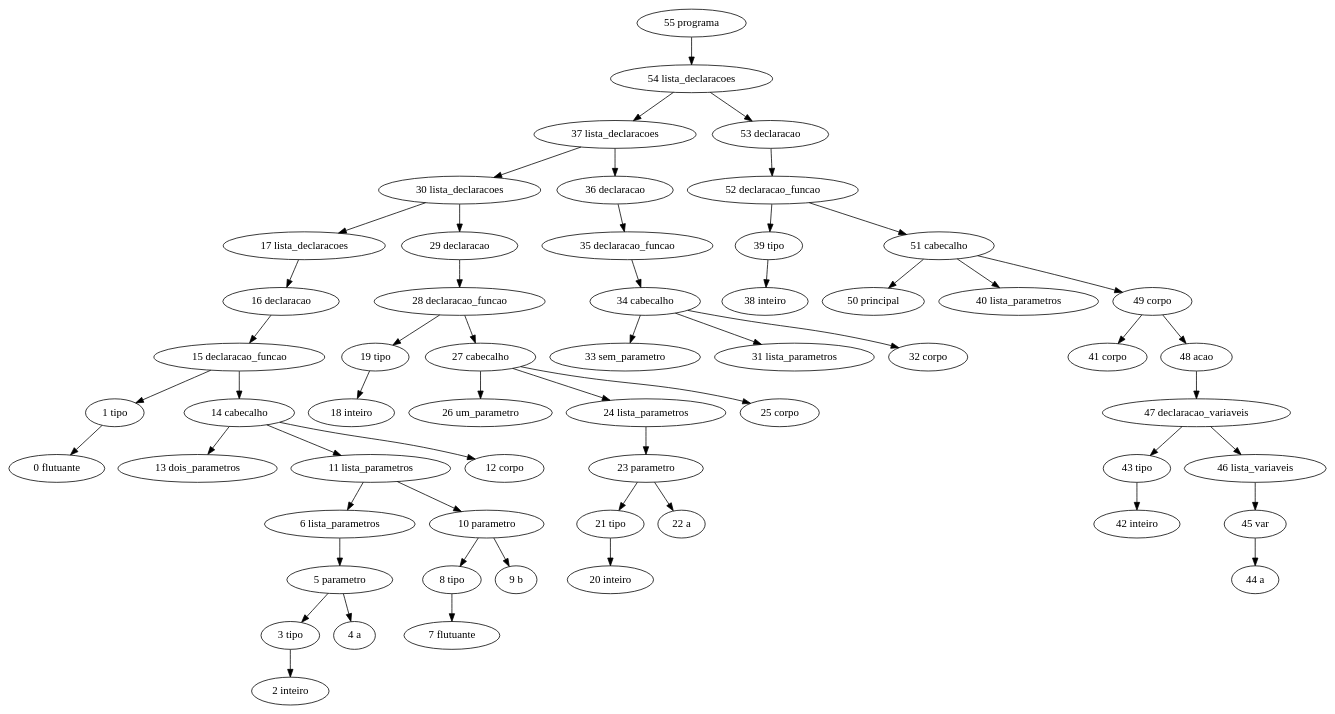
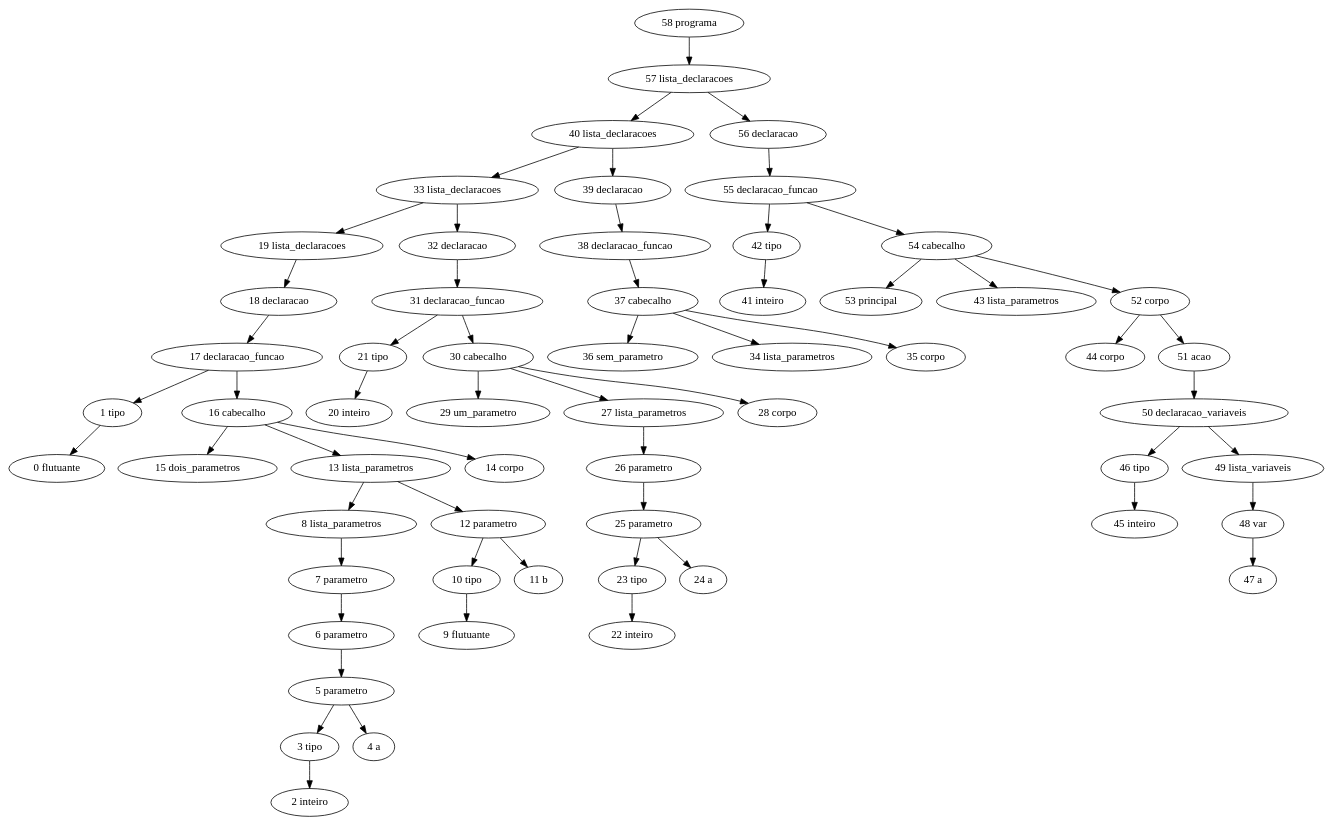
One commit to franzon/compilers changed the diagram in BCC__BCC36B__P2__Jorge_1511424/implementacao/Digraph.gv. Above: the diagram before and after it, drawn with Graphviz. The commit also changed 4 other files, not shown here.

```diff
--- a/BCC__BCC36B__P2__Jorge_1511424/implementacao/Digraph.gv
+++ b/BCC__BCC36B__P2__Jorge_1511424/implementacao/Digraph.gv
@@ -1,114 +1,120 @@
 // Análise sintática
 digraph {
-	"55 programa"
-	"54 lista_declaracoes"
-	"55 programa" -> "54 lista_declaracoes"
-	"37 lista_declaracoes"
-	"54 lista_declaracoes" -> "37 lista_declaracoes"
-	"30 lista_declaracoes"
-	"37 lista_declaracoes" -> "30 lista_declaracoes"
-	"17 lista_declaracoes"
-	"30 lista_declaracoes" -> "17 lista_declaracoes"
-	"16 declaracao"
-	"17 lista_declaracoes" -> "16 declaracao"
-	"15 declaracao_funcao"
-	"16 declaracao" -> "15 declaracao_funcao"
+	"58 programa"
+	"57 lista_declaracoes"
+	"58 programa" -> "57 lista_declaracoes"
+	"40 lista_declaracoes"
+	"57 lista_declaracoes" -> "40 lista_declaracoes"
+	"33 lista_declaracoes"
+	"40 lista_declaracoes" -> "33 lista_declaracoes"
+	"19 lista_declaracoes"
+	"33 lista_declaracoes" -> "19 lista_declaracoes"
+	"18 declaracao"
+	"19 lista_declaracoes" -> "18 declaracao"
+	"17 declaracao_funcao"
+	"18 declaracao" -> "17 declaracao_funcao"
 	"1 tipo"
-	"15 declaracao_funcao" -> "1 tipo"
+	"17 declaracao_funcao" -> "1 tipo"
 	"0 flutuante"
 	"1 tipo" -> "0 flutuante"
-	"14 cabecalho"
-	"15 declaracao_funcao" -> "14 cabecalho"
-	"13 dois_parametros"
-	"14 cabecalho" -> "13 dois_parametros"
-	"11 lista_parametros"
-	"14 cabecalho" -> "11 lista_parametros"
-	"6 lista_parametros"
-	"11 lista_parametros" -> "6 lista_parametros"
+	"16 cabecalho"
+	"17 declaracao_funcao" -> "16 cabecalho"
+	"15 dois_parametros"
+	"16 cabecalho" -> "15 dois_parametros"
+	"13 lista_parametros"
+	"16 cabecalho" -> "13 lista_parametros"
+	"8 lista_parametros"
+	"13 lista_parametros" -> "8 lista_parametros"
+	"7 parametro"
+	"8 lista_parametros" -> "7 parametro"
+	"6 parametro"
+	"7 parametro" -> "6 parametro"
 	"5 parametro"
-	"6 lista_parametros" -> "5 parametro"
+	"6 parametro" -> "5 parametro"
 	"3 tipo"
 	"5 parametro" -> "3 tipo"
 	"2 inteiro"
 	"3 tipo" -> "2 inteiro"
 	"4 a"
 	"5 parametro" -> "4 a"
-	"10 parametro"
-	"11 lista_parametros" -> "10 parametro"
-	"8 tipo"
-	"10 parametro" -> "8 tipo"
-	"7 flutuante"
-	"8 tipo" -> "7 flutuante"
-	"9 b"
-	"10 parametro" -> "9 b"
-	"12 corpo"
-	"14 cabecalho" -> "12 corpo"
-	"29 declaracao"
-	"30 lista_declaracoes" -> "29 declaracao"
-	"28 declaracao_funcao"
-	"29 declaracao" -> "28 declaracao_funcao"
-	"19 tipo"
-	"28 declaracao_funcao" -> "19 tipo"
-	"18 inteiro"
-	"19 tipo" -> "18 inteiro"
-	"27 cabecalho"
-	"28 declaracao_funcao" -> "27 cabecalho"
-	"26 um_parametro"
-	"27 cabecalho" -> "26 um_parametro"
-	"24 lista_parametros"
-	"27 cabecalho" -> "24 lista_parametros"
-	"23 parametro"
-	"24 lista_parametros" -> "23 parametro"
+	"12 parametro"
+	"13 lista_parametros" -> "12 parametro"
+	"10 tipo"
+	"12 parametro" -> "10 tipo"
+	"9 flutuante"
+	"10 tipo" -> "9 flutuante"
+	"11 b"
+	"12 parametro" -> "11 b"
+	"14 corpo"
+	"16 cabecalho" -> "14 corpo"
+	"32 declaracao"
+	"33 lista_declaracoes" -> "32 declaracao"
+	"31 declaracao_funcao"
+	"32 declaracao" -> "31 declaracao_funcao"
 	"21 tipo"
-	"23 parametro" -> "21 tipo"
+	"31 declaracao_funcao" -> "21 tipo"
 	"20 inteiro"
 	"21 tipo" -> "20 inteiro"
-	"22 a"
-	"23 parametro" -> "22 a"
-	"25 corpo"
-	"27 cabecalho" -> "25 corpo"
-	"36 declaracao"
-	"37 lista_declaracoes" -> "36 declaracao"
-	"35 declaracao_funcao"
-	"36 declaracao" -> "35 declaracao_funcao"
-	"34 cabecalho"
-	"35 declaracao_funcao" -> "34 cabecalho"
-	"33 sem_parametro"
-	"34 cabecalho" -> "33 sem_parametro"
-	"31 lista_parametros"
-	"34 cabecalho" -> "31 lista_parametros"
-	"32 corpo"
-	"34 cabecalho" -> "32 corpo"
-	"53 declaracao"
-	"54 lista_declaracoes" -> "53 declaracao"
-	"52 declaracao_funcao"
-	"53 declaracao" -> "52 declaracao_funcao"
-	"39 tipo"
-	"52 declaracao_funcao" -> "39 tipo"
-	"38 inteiro"
-	"39 tipo" -> "38 inteiro"
-	"51 cabecalho"
-	"52 declaracao_funcao" -> "51 cabecalho"
-	"50 principal"
-	"51 cabecalho" -> "50 principal"
-	"40 lista_parametros"
-	"51 cabecalho" -> "40 lista_parametros"
-	"49 corpo"
-	"51 cabecalho" -> "49 corpo"
-	"41 corpo"
-	"49 corpo" -> "41 corpo"
-	"48 acao"
-	"49 corpo" -> "48 acao"
-	"47 declaracao_variaveis"
-	"48 acao" -> "47 declaracao_variaveis"
-	"43 tipo"
-	"47 declaracao_variaveis" -> "43 tipo"
-	"42 inteiro"
-	"43 tipo" -> "42 inteiro"
-	"46 lista_variaveis"
-	"47 declaracao_variaveis" -> "46 lista_variaveis"
-	"45 var"
-	"46 lista_variaveis" -> "45 var"
-	"44 a"
-	"45 var" -> "44 a"
+	"30 cabecalho"
+	"31 declaracao_funcao" -> "30 cabecalho"
+	"29 um_parametro"
+	"30 cabecalho" -> "29 um_parametro"
+	"27 lista_parametros"
+	"30 cabecalho" -> "27 lista_parametros"
+	"26 parametro"
+	"27 lista_parametros" -> "26 parametro"
+	"25 parametro"
+	"26 parametro" -> "25 parametro"
+	"23 tipo"
+	"25 parametro" -> "23 tipo"
+	"22 inteiro"
+	"23 tipo" -> "22 inteiro"
+	"24 a"
+	"25 parametro" -> "24 a"
+	"28 corpo"
+	"30 cabecalho" -> "28 corpo"
+	"39 declaracao"
+	"40 lista_declaracoes" -> "39 declaracao"
+	"38 declaracao_funcao"
+	"39 declaracao" -> "38 declaracao_funcao"
+	"37 cabecalho"
+	"38 declaracao_funcao" -> "37 cabecalho"
+	"36 sem_parametro"
+	"37 cabecalho" -> "36 sem_parametro"
+	"34 lista_parametros"
+	"37 cabecalho" -> "34 lista_parametros"
+	"35 corpo"
+	"37 cabecalho" -> "35 corpo"
+	"56 declaracao"
+	"57 lista_declaracoes" -> "56 declaracao"
+	"55 declaracao_funcao"
+	"56 declaracao" -> "55 declaracao_funcao"
+	"42 tipo"
+	"55 declaracao_funcao" -> "42 tipo"
+	"41 inteiro"
+	"42 tipo" -> "41 inteiro"
+	"54 cabecalho"
+	"55 declaracao_funcao" -> "54 cabecalho"
+	"53 principal"
+	"54 cabecalho" -> "53 principal"
+	"43 lista_parametros"
+	"54 cabecalho" -> "43 lista_parametros"
+	"52 corpo"
+	"54 cabecalho" -> "52 corpo"
+	"44 corpo"
+	"52 corpo" -> "44 corpo"
+	"51 acao"
+	"52 corpo" -> "51 acao"
+	"50 declaracao_variaveis"
+	"51 acao" -> "50 declaracao_variaveis"
+	"46 tipo"
+	"50 declaracao_variaveis" -> "46 tipo"
+	"45 inteiro"
+	"46 tipo" -> "45 inteiro"
+	"49 lista_variaveis"
+	"50 declaracao_variaveis" -> "49 lista_variaveis"
+	"48 var"
+	"49 lista_variaveis" -> "48 var"
+	"47 a"
+	"48 var" -> "47 a"
 }
```
